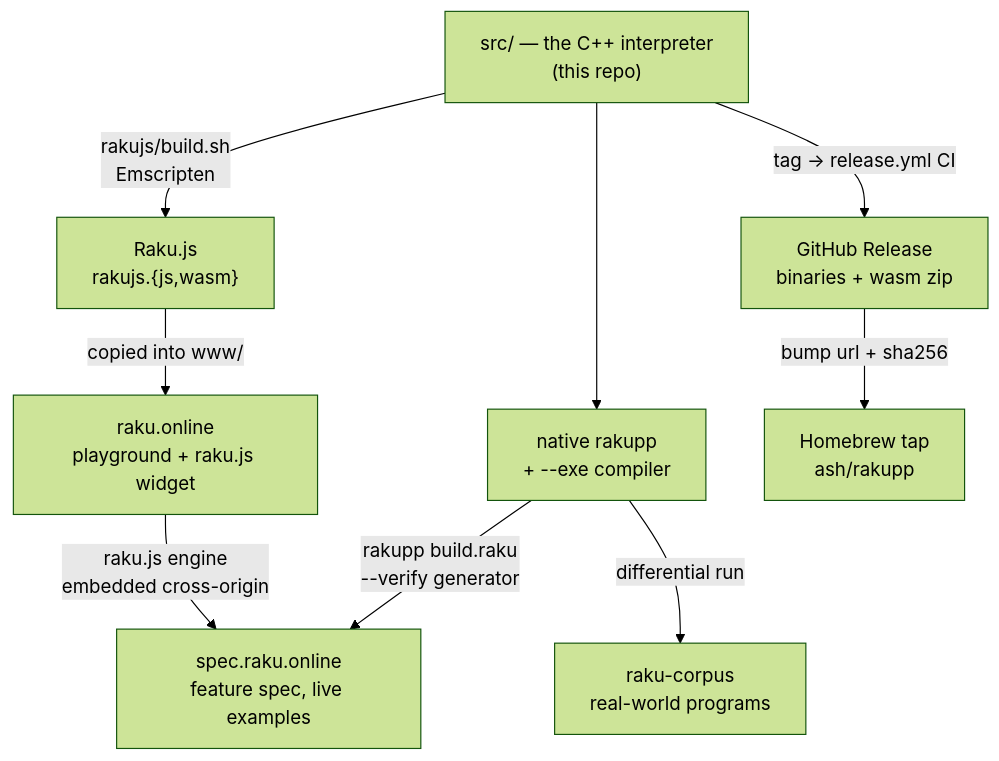
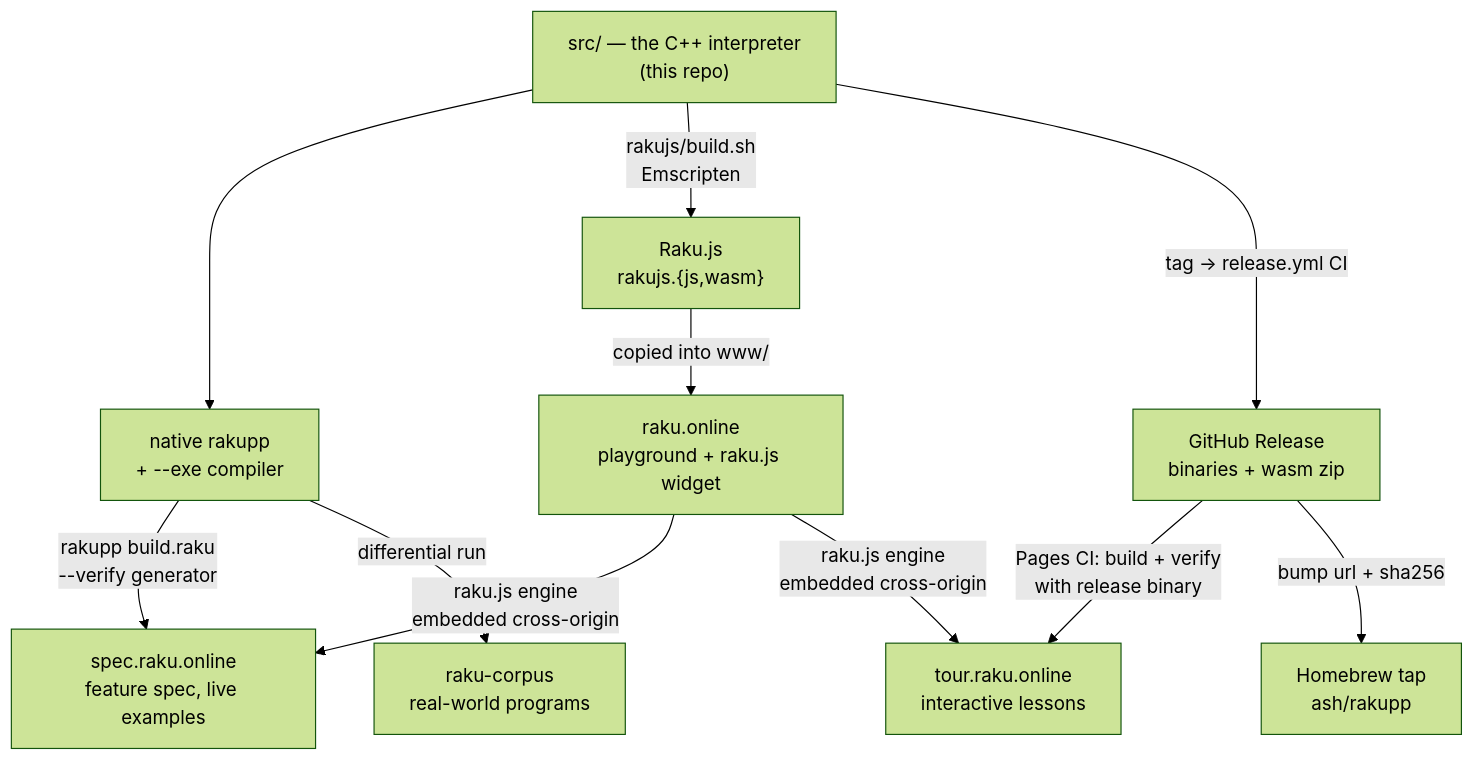
The diagram in docs/ECOSYSTEM.md (ash/rakupp), drawn with Mermaid (forest theme) before and after one commit. The commit also changed other lines of this file and 1 other file, not shown here.

Commit message:
Docs: add tour.raku.online to the ecosystem map and README

````diff
--- a/docs/ECOSYSTEM.md
+++ b/docs/ECOSYSTEM.md
@@ -27,20 +28,23 @@
 ```mermaid
 graph TD
     SRC["src/ — the C++ interpreter<br/>(this repo)"]
     NATIVE["native rakupp<br/>+ --exe compiler"]
     WASM["Raku.js<br/>rakujs.{js,wasm}"]
     ONLINE["raku.online<br/>playground + raku.js widget"]
     SPEC["spec.raku.online<br/>feature spec, live examples"]
+    TOUR["tour.raku.online<br/>interactive lessons"]
     CORPUS["raku-corpus<br/>real-world programs"]
     BREW["Homebrew tap<br/>ash/rakupp"]
     REL["GitHub Release<br/>binaries + wasm zip"]
 
     SRC --> NATIVE
     SRC -->|rakujs/build.sh<br/>Emscripten| WASM
     WASM -->|copied into www/| ONLINE
     ONLINE -->|raku.js engine<br/>embedded cross-origin| SPEC
+    ONLINE -->|raku.js engine<br/>embedded cross-origin| TOUR
     NATIVE -->|rakupp build.raku<br/>--verify generator| SPEC
     NATIVE -->|differential run| CORPUS
     SRC -->|tag → release.yml CI| REL
+    REL -->|Pages CI: build + verify<br/>with release binary| TOUR
     REL -->|bump url + sha256| BREW
 ```
````
